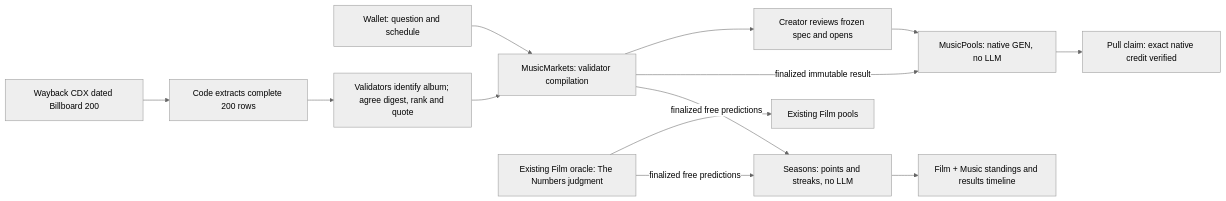
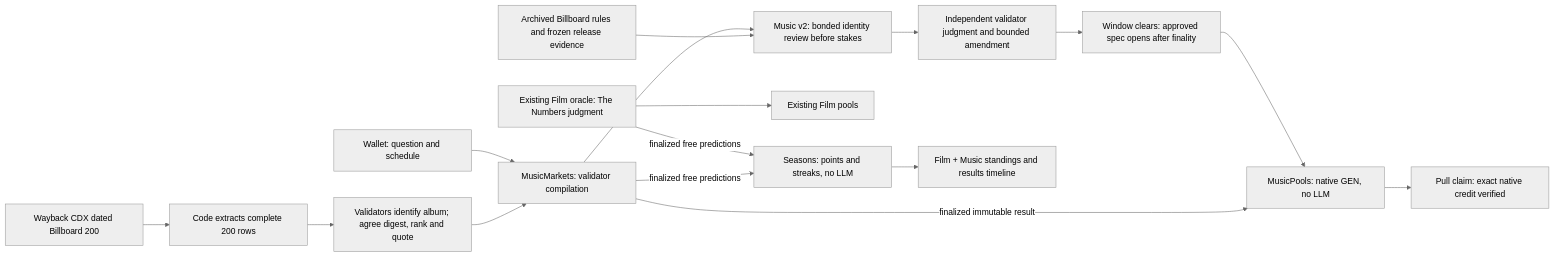
Before and after one commit to JWattjr/Bullseye: the second of 2 diagrams in docs/ARCHITECTURE.md, drawn with Mermaid (neutral theme). The commit also changed other lines of this file and 263 other files, not shown here.

Commit message:
Finish Music+ consumer flow and finalized StudioNet proof

````diff
--- a/docs/ARCHITECTURE.md
+++ b/docs/ARCHITECTURE.md
@@ -48,15 +48,18 @@
 ```mermaid
 flowchart LR
     U[Wallet: question and schedule] --> M[MusicMarkets: validator compilation]
-    M --> O[Creator reviews frozen spec and opens]
+    M --> R[Music v2: bonded identity review before stakes]
+    B[Archived Billboard rules and frozen release evidence] --> R
+    R --> Q[Independent validator judgment and bounded amendment]
+    Q --> O[Window clears: approved spec opens after finality]
     O --> P[MusicPools: native GEN, no LLM]
     A[Wayback CDX dated Billboard 200] --> E[Code extracts complete 200 rows]
     E --> J[Validators identify album; agree digest, rank and quote]
     J --> M
     M -->|finalized immutable result| P
     P --> C[Pull claim: exact native credit verified]
     F[Existing Film oracle: The Numbers judgment] --> FP[Existing Film pools]
     F -->|finalized free predictions| S[Seasons: points and streaks, no LLM]
     M -->|finalized free predictions| S
     S --> UI[Film + Music standings and results timeline]
 ```
````
